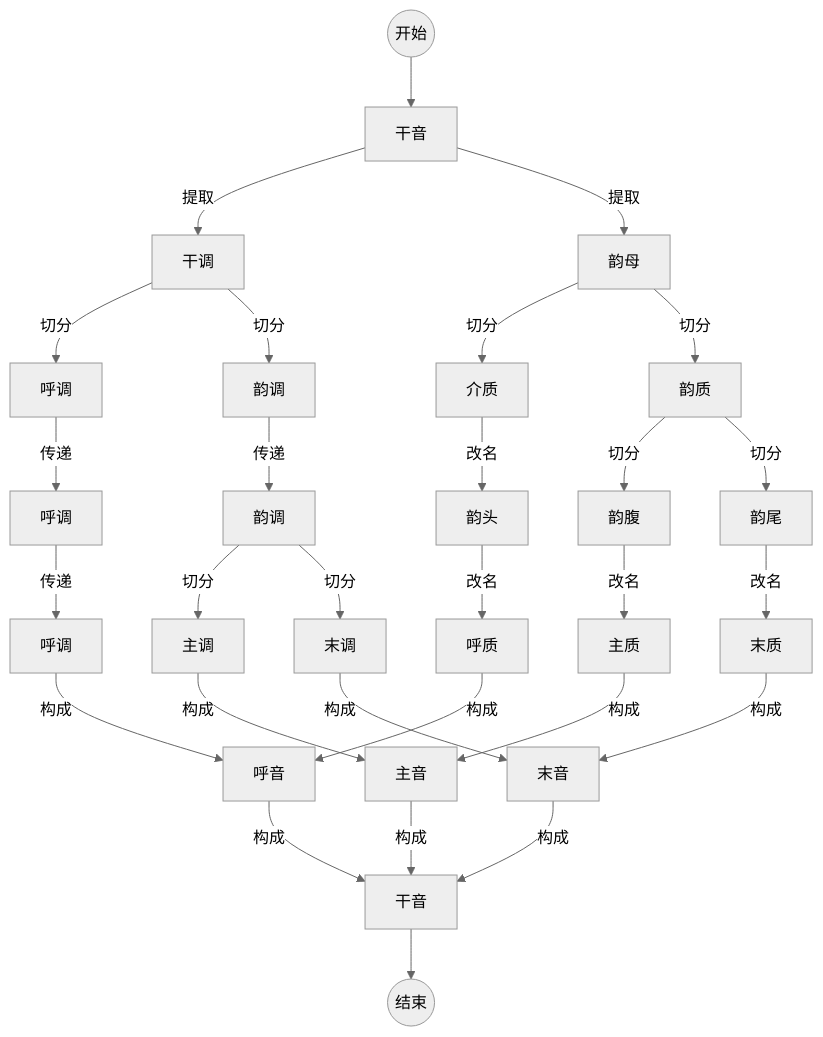
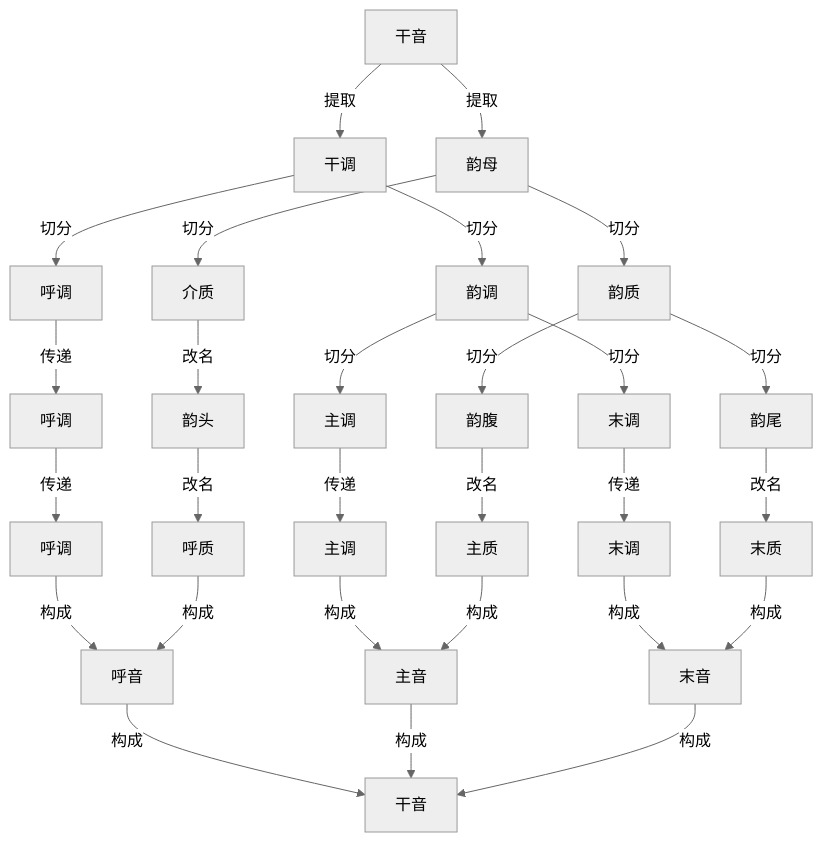
One commit to tsaanghwang/Yime-prototype changed the diagram in YIME_Theory/flowchart/三质干音分析.mmd. Above: the diagram before and after it, drawn with Mermaid (neutral theme). The commit also changed 49 other files, not shown here.

```diff
--- a/YIME_Theory/flowchart/三质干音分析.mmd
+++ b/YIME_Theory/flowchart/三质干音分析.mmd
@@ -1,32 +1,29 @@
 graph TB
-    Start((开始)) --> A[干音]
+    A[干音]
     A --> |提取|B[干调]
     A --> |提取|C[韵母]
     C --> |切分|D[介质]
     C --> |切分|E[韵质]
     D --> |改名|F[韵头]
     E --> |切分|G[韵腹]
     E --> |切分|H[韵尾]
     F --> |改名|I[呼质]
     G --> |改名|J[主质]
     H --> |改名|L[末质]
     B --> |切分|M[呼调]
     B --> |切分|N[韵调]
-    N --> |传递|O[韵调]
-
-    M --> |传递|P[呼调]
-    P --> |传递|Q[呼调]
-
-    O -->  |切分|R[主调]
-    O -->  |切分|S[末调]
-
-    Q -->  |构成|T[呼音]
-    I -->  |构成|T
-    R -->  |构成|U[主音]
-    J -->  |构成|U
-    S -->  |构成|V[末音]
-    L -->  |构成|V
-    T -->  |构成|W[干音]
-    U -->  |构成|W
-    V -->  |构成|W
-    W --> End((结束))
+    N -->  |切分|O[主调]
+    N -->  |切分|P[末调]
+    O -->  |传递|Q[主调]
+    P -->  |传递|R[末调]
+    M --> |传递|S[呼调]
+    S --> |传递|T[呼调]
+    T -->  |构成|U[呼音]
+    I -->  |构成|U
+    Q -->  |构成|V[主音]
+    J -->  |构成|V
+    R -->  |构成|W[末音]
+    L -->  |构成|W
+    U -->  |构成|X[干音]
+    V -->  |构成|X
+    W -->  |构成|X
```
